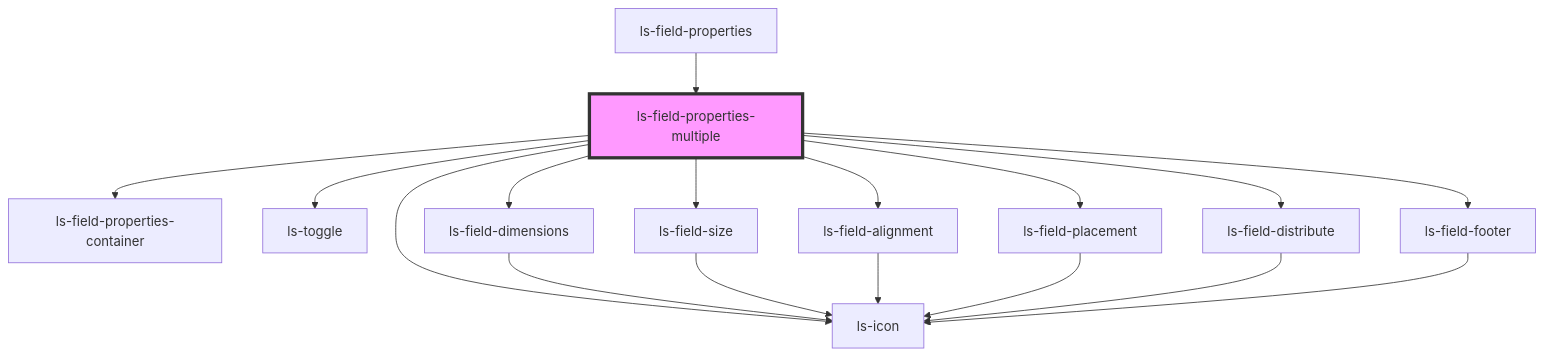
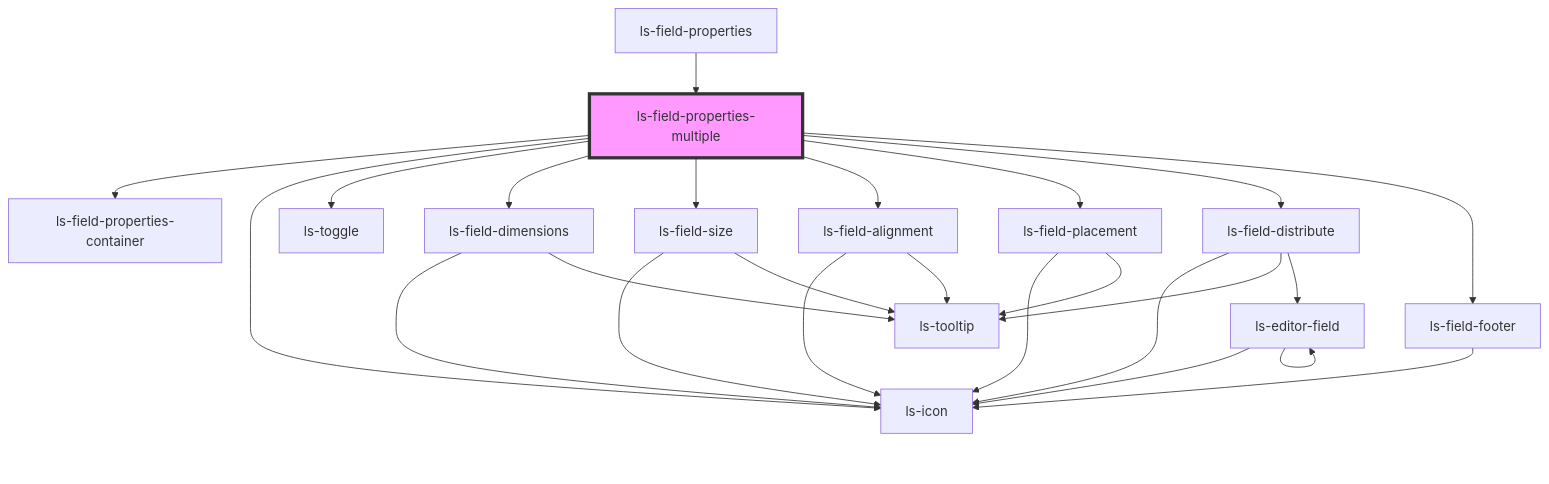
The diagram in src/components/ls-field-properties-multiple/readme.md (legalesign/ls-document-viewer), drawn with Mermaid before and after one commit. The commit also changed 34 other files, not shown here.

````diff
--- a/src/components/ls-field-properties-multiple/readme.md
+++ b/src/components/ls-field-properties-multiple/readme.md
@@ -42,20 +42,28 @@
 ```mermaid
 graph TD;
   ls-field-properties-multiple --> ls-field-properties-container
   ls-field-properties-multiple --> ls-icon
   ls-field-properties-multiple --> ls-toggle
   ls-field-properties-multiple --> ls-field-dimensions
   ls-field-properties-multiple --> ls-field-size
   ls-field-properties-multiple --> ls-field-alignment
   ls-field-properties-multiple --> ls-field-placement
   ls-field-properties-multiple --> ls-field-distribute
   ls-field-properties-multiple --> ls-field-footer
   ls-field-dimensions --> ls-icon
+  ls-field-dimensions --> ls-tooltip
   ls-field-size --> ls-icon
+  ls-field-size --> ls-tooltip
   ls-field-alignment --> ls-icon
+  ls-field-alignment --> ls-tooltip
   ls-field-placement --> ls-icon
+  ls-field-placement --> ls-tooltip
   ls-field-distribute --> ls-icon
+  ls-field-distribute --> ls-tooltip
+  ls-field-distribute --> ls-editor-field
+  ls-editor-field --> ls-icon
+  ls-editor-field --> ls-editor-field
   ls-field-footer --> ls-icon
   ls-field-properties --> ls-field-properties-multiple
   style ls-field-properties-multiple fill:#f9f,stroke:#333,stroke-width:4px
 ```
````
